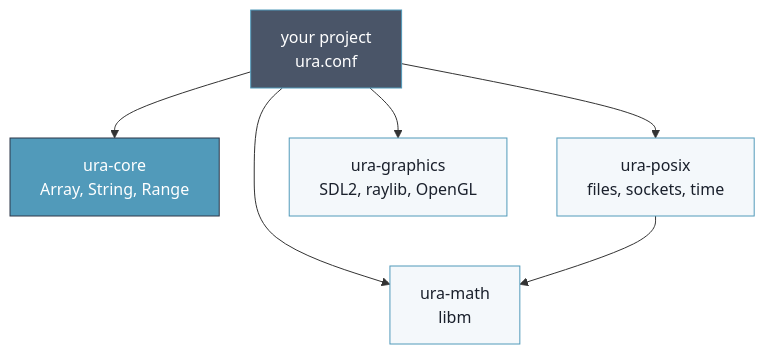
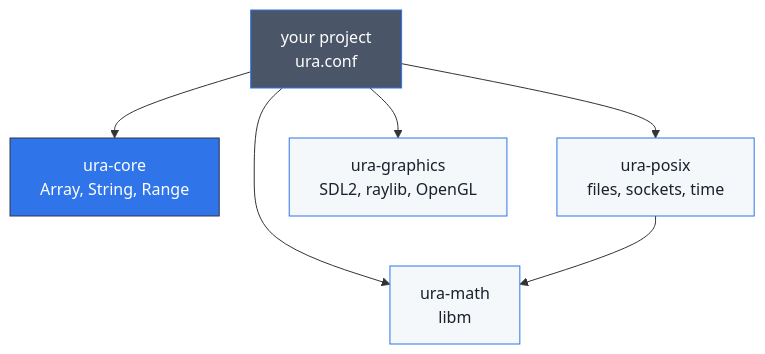
Before and after one commit to ura-computing/ura-core: the second of 2 diagrams in README.md, drawn with Mermaid. The commit also changed other lines of this file and 1 other file, not shown here.

Commit message:
readme: logo, badges, a verified example, diagrams and the full api

````diff
--- a/README.md
+++ b/README.md
@@ -201,11 +201,11 @@
 ```mermaid
 flowchart TD
     P["your project<br/>ura.conf"]:::you --> C["ura-core<br/>Array, String, Range"]:::here
     P --> X["ura-posix<br/>files, sockets, time"]:::lib
     P --> M["ura-math<br/>libm"]:::lib
     P --> G["ura-graphics<br/>SDL2, raylib, OpenGL"]:::lib
     X --> M
-    classDef you fill:#4a5568,stroke:#519ABA,color:#fff
-    classDef here fill:#519ABA,stroke:#2d3748,color:#fff
-    classDef lib fill:#f4f8fb,stroke:#519ABA,color:#1a202c
+    classDef you fill:#4a5568,stroke:#2F74E8,color:#fff
+    classDef here fill:#2F74E8,stroke:#2d3748,color:#fff
+    classDef lib fill:#f4f8fb,stroke:#2F74E8,color:#1a202c
 ```
````
